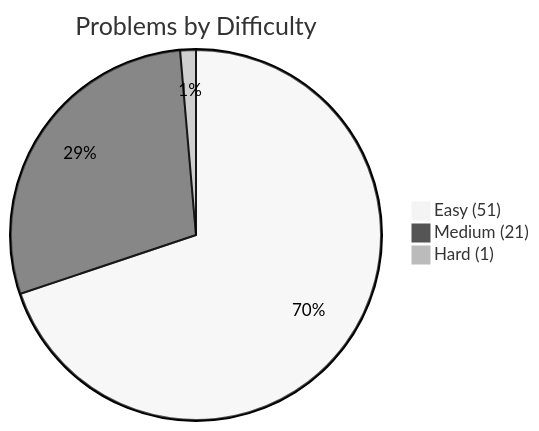
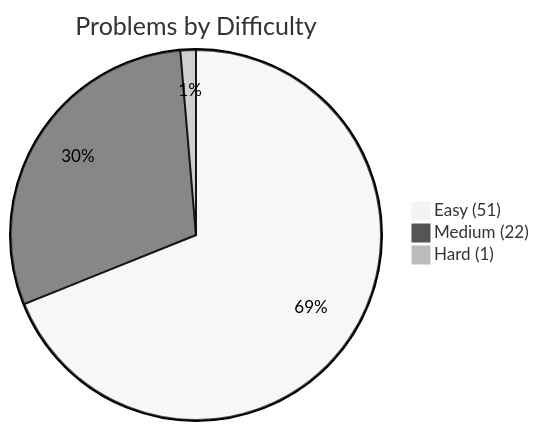
One commit to kanishk-procoder/leetcode-grind changed the first of 2 diagrams in PROGRESS.md. Above: the diagram before and after it, drawn with Mermaid (neutral theme). The commit also changed other lines of this file and 4 other files, not shown here.

````diff
--- a/PROGRESS.md
+++ b/PROGRESS.md
@@ -5,6 +5,6 @@
 ```mermaid
 pie title Problems by Difficulty
     "Easy (51)" : 51
-    "Medium (21)" : 21
+    "Medium (22)" : 22
     "Hard (1)" : 1
 ```
````
